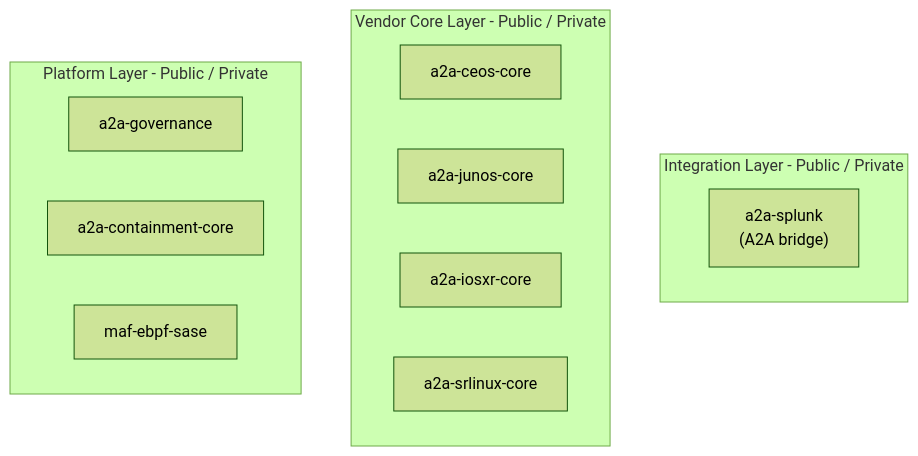
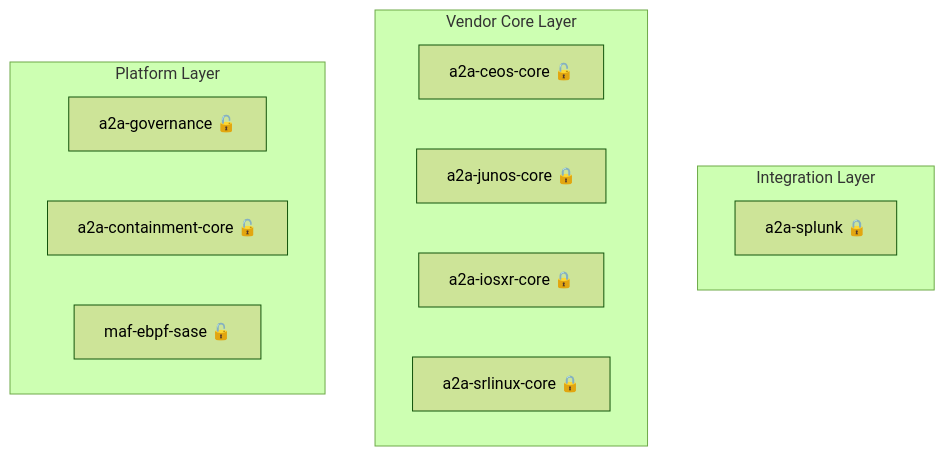
One commit to hidemi-k/hidemi-k changed the diagram in README.md. Above: the diagram before and after it, drawn with Mermaid (forest theme). The commit also changed other lines of this file, not shown here.

Commit message:
Revise README for A2A workflows and integrations
Updated README to clarify A2A workflows and integration layers.

````diff
--- a/README.md
+++ b/README.md
@@ -20,20 +20,20 @@
 ```mermaid
 graph TD
 
-    subgraph Integrations ["Integration Layer - Public / Private"]
-        Splunk["a2a-splunk<br> (A2A bridge)"]
+    subgraph Integrations ["Integration Layer"]
+        Splunk["a2a-splunk 🔒"]
     end
 
-    subgraph A2A_Vendor_Cores ["Vendor Core Layer - Public / Private"]
-        Ceos["a2a-ceos-core"]
-        Junos["a2a-junos-core"]
-        IOSXR["a2a-iosxr-core"]
-        SRLinux["a2a-srlinux-core"]
+    subgraph A2A_Vendor_Cores ["Vendor Core Layer"]
+        Ceos["a2a-ceos-core 🔓"]
+        Junos["a2a-junos-core 🔒"]
+        IOSXR["a2a-iosxr-core 🔒"]
+        SRLinux["a2a-srlinux-core 🔒"]
     end
 
-    subgraph A2A_Suite ["Platform Layer - Public / Private"]
-        Gov["a2a-governance"]
-        Contain["a2a-containment-core"]
-        SASE["maf-ebpf-sase"]
+    subgraph A2A_Suite ["Platform Layer"]
+        Gov["a2a-governance 🔓"]
+        Contain["a2a-containment-core 🔓"]
+        SASE["maf-ebpf-sase 🔓"]
     end
 ```
````
